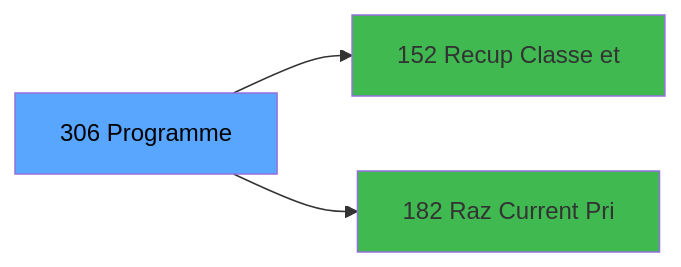
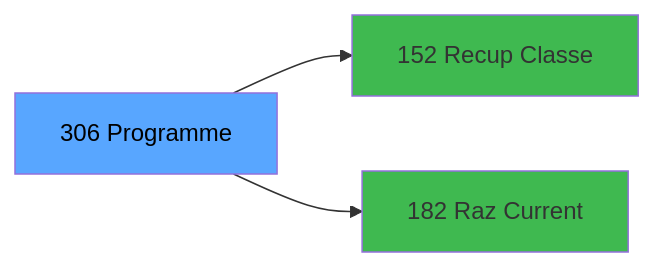
Before and after one commit to thonyAGP/magic-migration: the third of 3 diagrams in .openspec/specs/ADH-IDE-306.md, drawn with Mermaid. The commit also changed other lines of this file and 323 other files, not shown here.

````diff
--- a/.openspec/specs/ADH-IDE-306.md
+++ b/.openspec/specs/ADH-IDE-306.md
@@ -121,11 +148,11 @@
 ```mermaid
 graph LR
     T[306 Programme]
-    C152[152 Recup Classe et]
+    C152[152 Recup Classe]
     T --> C152
-    C182[182 Raz Current Pri]
+    C182[182 Raz Current ]
     T --> C182
     style T fill:#58a6ff,color:#000
     style C152 fill:#3fb950
     style C182 fill:#3fb950
 ```
````
